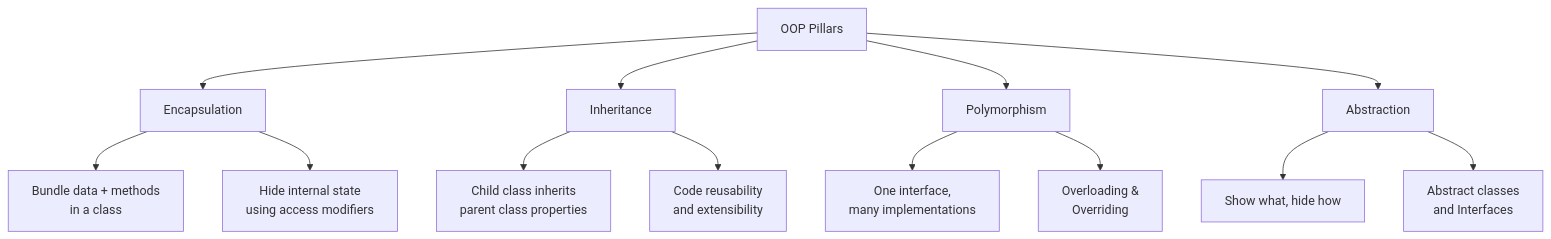
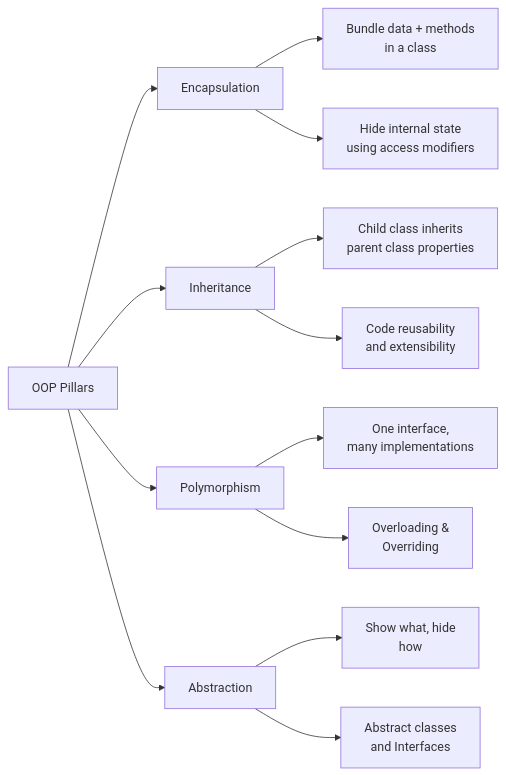
Before and after one commit to amitdevx/TY: the first of 4 diagrams in 01-Semester-V/CS-301-MJ-T-Core-Java/Unit-1.md, drawn with Mermaid. The commit also changed other lines of this file and 65 other files, not shown here.

Commit message:
fix:graph vertical

````diff
--- a/01-Semester-V/CS-301-MJ-T-Core-Java/Unit-1.md
+++ b/01-Semester-V/CS-301-MJ-T-Core-Java/Unit-1.md
@@ -49,19 +49,19 @@
 ```mermaid
-graph TD
+graph LR
     OOP[" OOP Pillars"] --> E[" Encapsulation"]
     OOP --> I[" Inheritance"]
     OOP --> P[" Polymorphism"]
     OOP --> A[" Abstraction"]
 
     E --> E1["Bundle data + methods<br/>in a class"]
     E --> E2["Hide internal state<br/>using access modifiers"]
 
     I --> I1["Child class inherits<br/>parent class properties"]
     I --> I2["Code reusability<br/>and extensibility"]
 
     P --> P1["One interface,<br/>many implementations"]
     P --> P2["Overloading &<br/>Overriding"]
 
-    A --> A1["Show what, hide how"]
+    A --> A1["Show what, hide<br/>how"]
     A --> A2["Abstract classes<br/>and Interfaces"]
 ```
````
